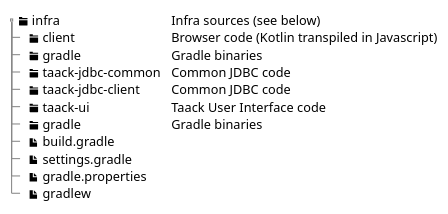
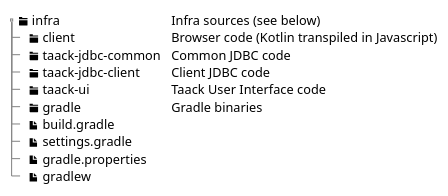
The second of 2 diagrams in asciidoc/doc/Concepts/Modular.adoc (Taack/taack-website-content), drawn with PlantUML before and after one commit. The commit also changed other lines of this file, not shown here.

```diff
--- a/asciidoc/doc/Concepts/Modular.adoc
+++ b/asciidoc/doc/Concepts/Modular.adoc
@@ -52,21 +52,20 @@
 [plantuml, format="svg", opts="inline"]
 ----
 @startsalt
 {
 {T
 + <&folder> infra     | Infra sources (see below)
 ++ <&folder> client   | Browser code (Kotlin transpiled in Javascript)
-++ <&folder> gradle   | Gradle binaries
 ++ <&folder> taack-jdbc-common| Common JDBC code
-++ <&folder> taack-jdbc-client| Common JDBC code
+++ <&folder> taack-jdbc-client| Client JDBC code
 ++ <&folder> taack-ui | Taack User Interface code
 ++ <&folder> gradle           | Gradle binaries
 ++ <&file> build.gradle
 ++ <&file> settings.gradle
 ++ <&file> gradle.properties
 ++ <&file> gradlew
 
 }
 }
 @endsalt
 ----
```
